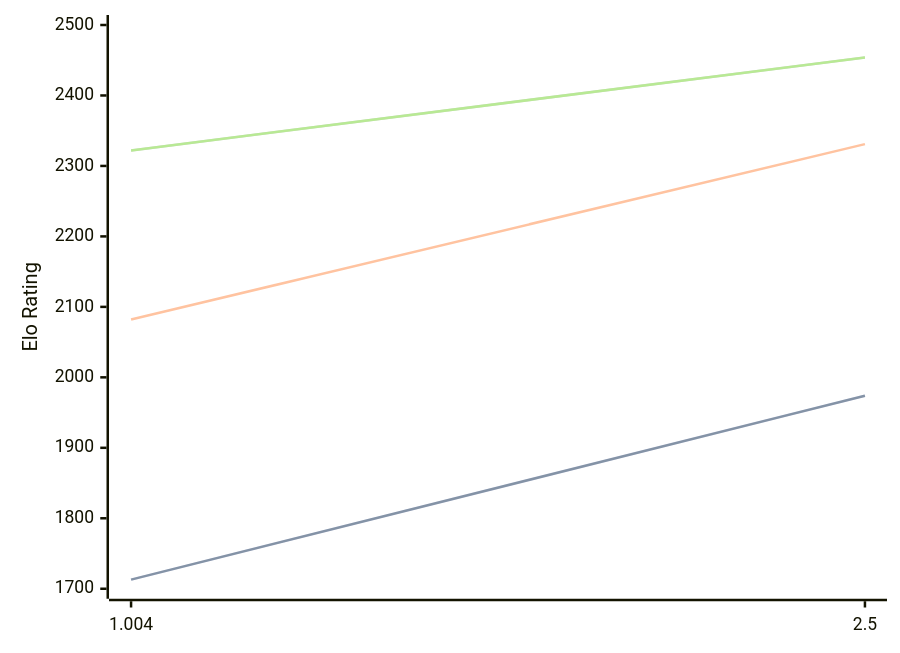
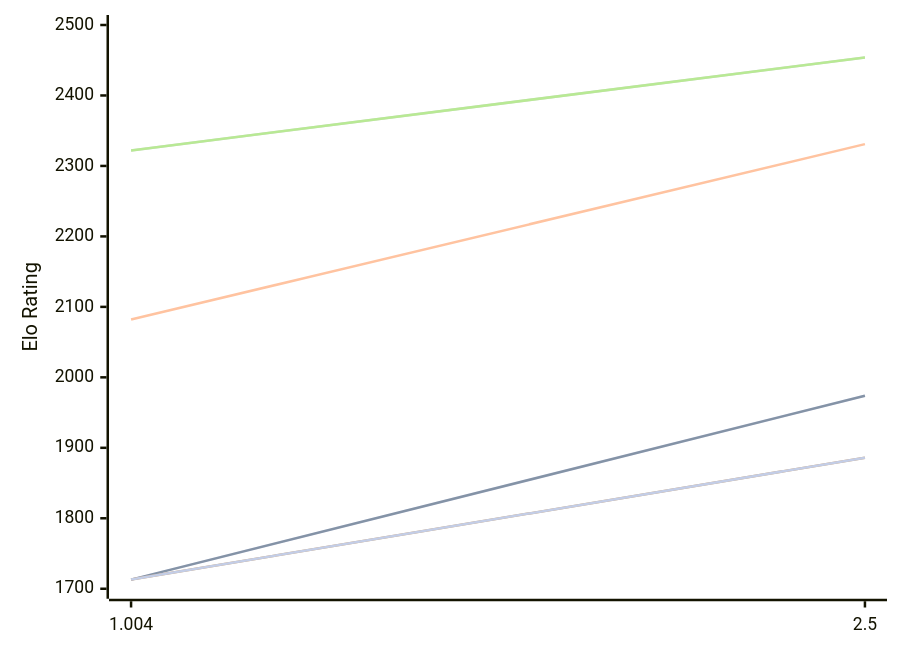
Before and after one commit to computer-chess-index/cci: the diagram in engines/Ares.md, drawn with Mermaid. The commit also changed other lines of this file, not shown here.

Commit message:
Update CCI Ratings (ELO VLTC) - 2026-10-11

````diff
--- a/engines/Ares.md
+++ b/engines/Ares.md
@@ -48,16 +48,13 @@
 ```mermaid
 %%{init: {"theme":"base","themeVariables":{"seriesColors:['#a3a3a3','#222221','#faa371']}}}%%
 xychart-beta
   x-axis ["1.004", "2.5"]
   y-axis "Elo Rating" 1700 --> 2500
   line "" [1713, 1974]
   line "T1: STC (8.0+0.08s)" [1713, 1974]
   line "T1: LTC (60.0+0.60s)" [2082, 2331]
   line "" [2322, 2454]
   line "T1: VLTC (2m24s+1.12s)" [2322, 2454]
-  line "" [1871]
-  line "E1: STC (8.0+0.08s)" [1871]
-  line "E1: LTC (60.0+0.60s)" [2142]
-  line "" [2361]
-  line "E1: VLTC (2m24s+1.12s)" [2361]
+  line "" [1713,1886]
+  line "E1: STC (8.0+0.08s)" [1713,1886]
 ```
````
